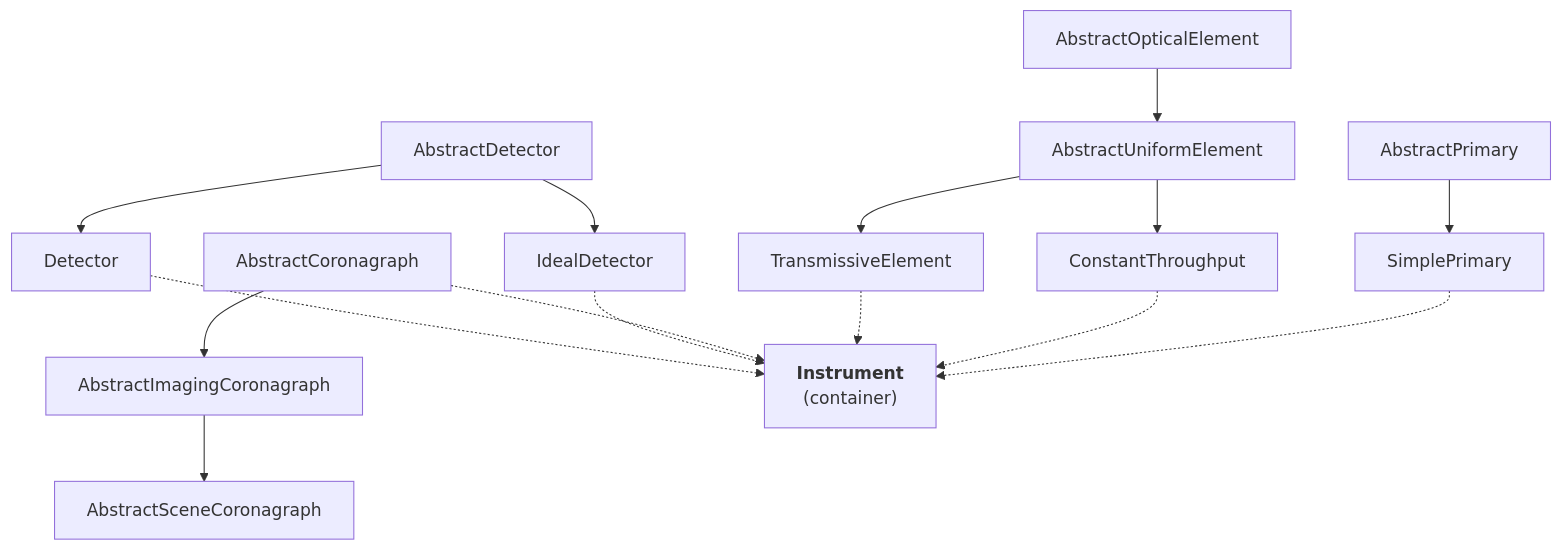
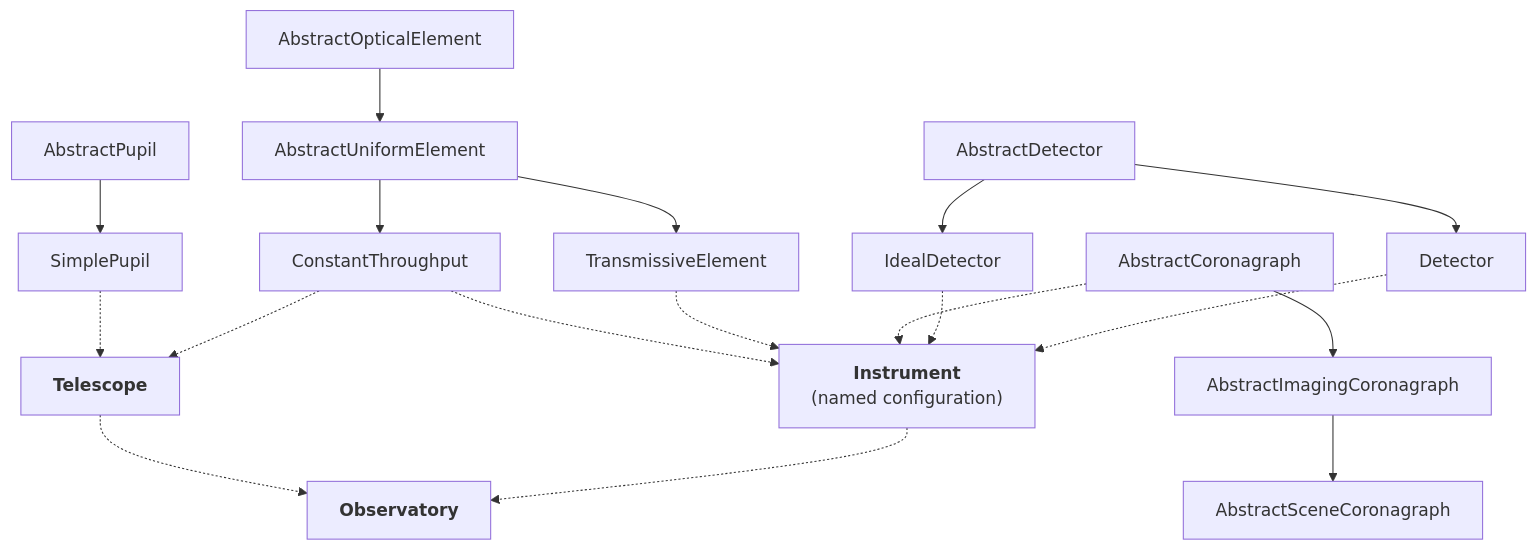
One commit to CoreySpohn/optixstuff changed the diagram in docs/explanation/architecture.md. Above: the diagram before and after it, drawn with Mermaid. The commit also changed other lines of this file and 20 other files, not shown here.

First line of the commit message:
feat(optixstuff)!: one Observatory with a shared Telescope and named instrument configurations

````diff
--- a/docs/explanation/architecture.md
+++ b/docs/explanation/architecture.md
@@ -32,32 +49,37 @@
 ```mermaid
 flowchart TB
     AOE[AbstractOpticalElement]
     AUE[AbstractUniformElement]
     CT[ConstantThroughput]
     ST[TransmissiveElement]
-    AP[AbstractPrimary]
-    SP[SimplePrimary]
+    AP[AbstractPupil]
+    SP[SimplePupil]
     AC[AbstractCoronagraph]
     IMG[AbstractImagingCoronagraph]
     SCENE[AbstractSceneCoronagraph]
     AD[AbstractDetector]
     ID[IdealDetector]
     D[Detector]
-    OP["<b>Instrument</b><br/>(container)"]
+    TEL["<b>Telescope</b>"]
+    OP["<b>Instrument</b><br/>(named configuration)"]
+    OBS["<b>Observatory</b>"]
 
     AOE --> AUE
     AUE --> CT
     AUE --> ST
     AP --> SP
     AC --> IMG
     IMG --> SCENE
     AD --> ID
     AD --> D
 
-    SP -.-> OP
+    SP -.-> TEL
+    CT -.-> TEL
+    TEL -.-> OBS
+    OP -.-> OBS
     CT -.-> OP
     ST -.-> OP
     AC -.-> OP
     ID -.-> OP
     D -.-> OP
 ```
````
